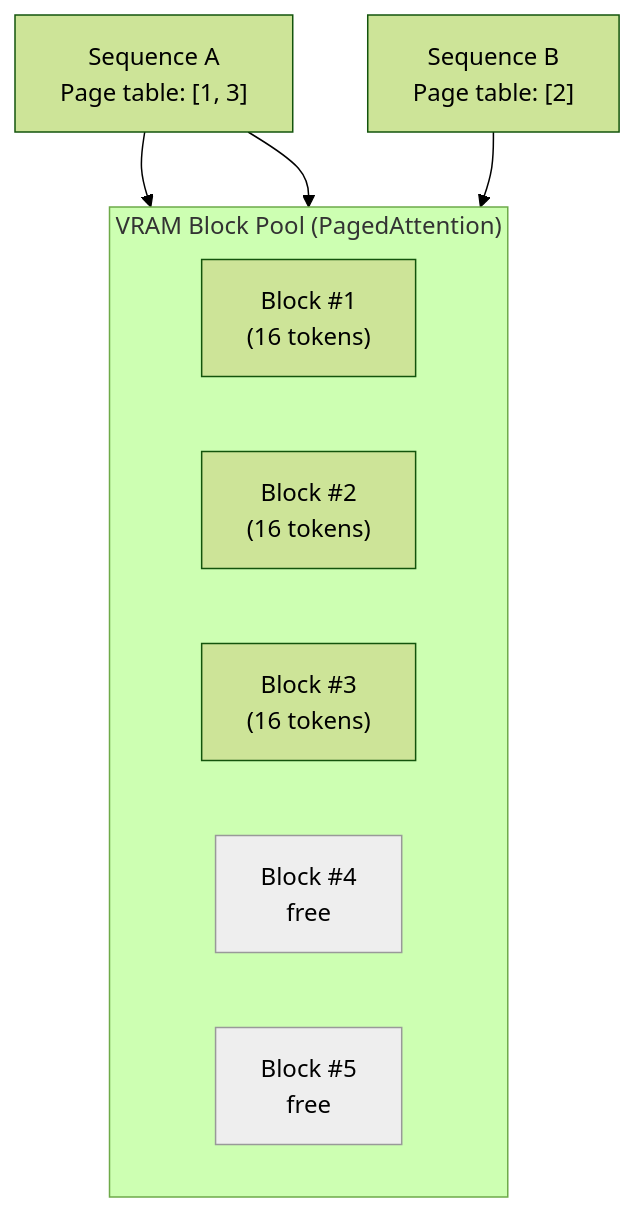
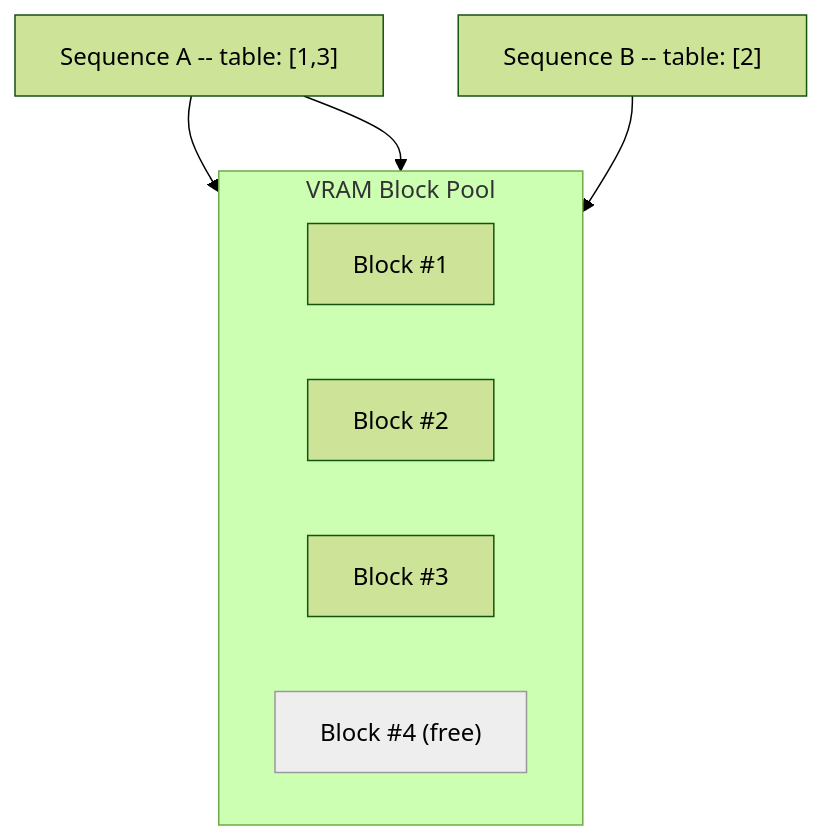
The third of 8 diagrams in docs/explain/kv-cache.md (ADORSYS-GIS/Custom-Ai-Ops), drawn with Mermaid (forest theme) before and after one commit. The commit also changed other lines of this file and 25 other files, not shown here.

````diff
--- a/docs/explain/kv-cache.md
+++ b/docs/explain/kv-cache.md
@@ -74,18 +166,14 @@
 ```mermaid
 flowchart TB
-    subgraph VRAM["VRAM Block Pool (PagedAttention)"]
+    subgraph VRAM["VRAM Block Pool"]
         direction LR
-        BLK1["Block #1\n(16 tokens)"]
-        BLK2["Block #2\n(16 tokens)"]
-        BLK3["Block #3\n(16 tokens)"]
-        BLK4["Block #4\nfree"]
-        BLK5["Block #5\nfree"]
+        BLK1["Block #1"]
+        BLK2["Block #2"]
+        BLK3["Block #3"]
+        BLK4["Block #4 (free)"]
     end
-
-    SEQ_A["Sequence A\nPage table: [1, 3]"] --> BLK1
-    SEQ_A --> BLK3
-    SEQ_B["Sequence B\nPage table: [2]"] --> BLK2
-
+    SEQA["Sequence A -- table: [1,3]"] --> BLK1
+    SEQA --> BLK3
+    SEQB["Sequence B -- table: [2]"] --> BLK2
     style BLK4 fill:#eee,stroke:#999
-    style BLK5 fill:#eee,stroke:#999
 ```
````
